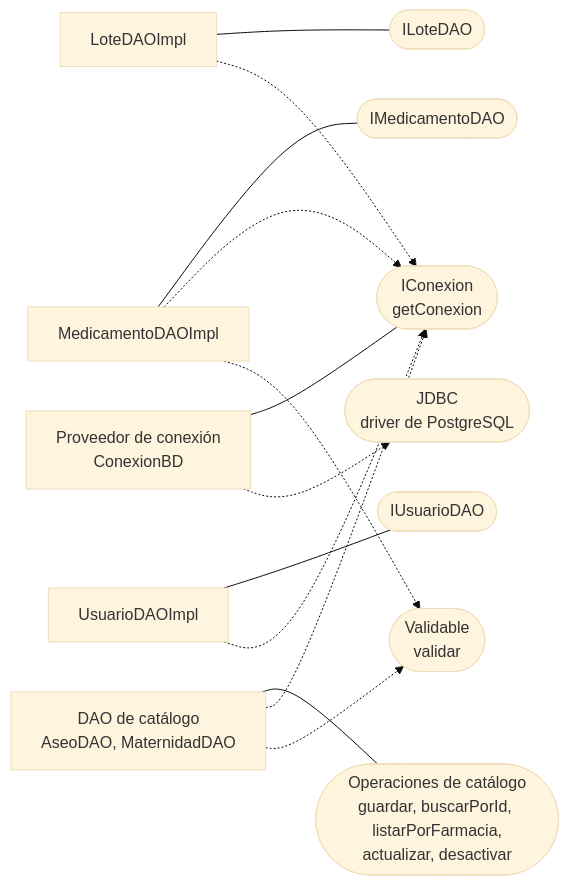
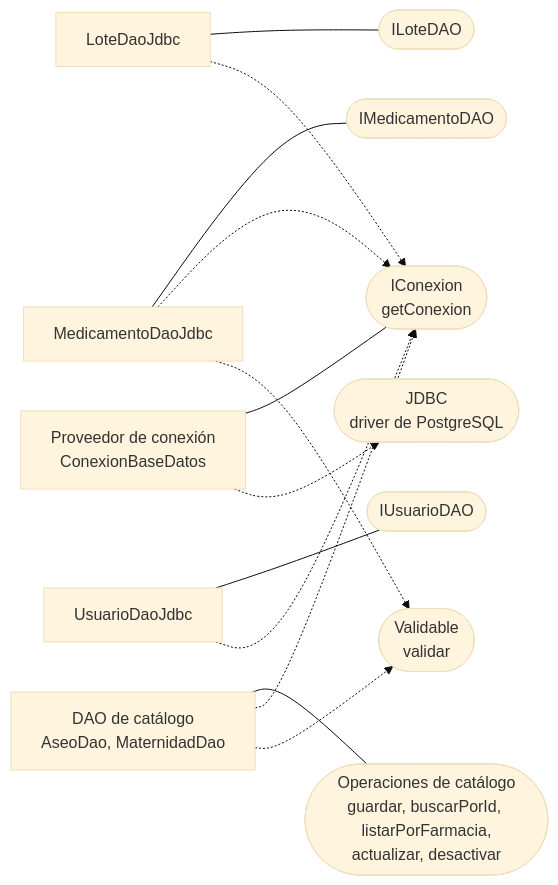
Before and after one commit to puj-course/FIS_2630_1204_G1: the diagram in docs/diagramas/COMPONENTE_ACCESO_DATOS.md, drawn with Mermaid (base theme). The commit also changed other lines of this file and 121 other files, not shown here.

````diff
--- a/docs/diagramas/COMPONENTE_ACCESO_DATOS.md
+++ b/docs/diagramas/COMPONENTE_ACCESO_DATOS.md
@@ -7,29 +7,29 @@
 ```mermaid
 flowchart LR
-    DLOTE["LoteDAOImpl"]
-    DMED["MedicamentoDAOImpl"]
-    DUSU["UsuarioDAOImpl"]
-    DCAT["DAO de catálogo<br/>AseoDAO, MaternidadDAO"]
-    CON["Proveedor de conexión<br/>ConexionBD"]
+    DLOTE["LoteDaoJdbc"]
+    DMED["MedicamentoDaoJdbc"]
+    DUSU["UsuarioDaoJdbc"]
+    DCAT["DAO de catálogo<br/>AseoDao, MaternidadDao"]
+    CON["Proveedor de conexión<br/>ConexionBaseDatos"]
 
     ILOTE(["ILoteDAO"])
     IMED(["IMedicamentoDAO"])
     IUSU(["IUsuarioDAO"])
     ICATO(["Operaciones de catálogo<br/>guardar, buscarPorId, listarPorFarmacia,<br/>actualizar, desactivar"])
     ICON(["IConexion<br/>getConexion"])
     IVAL(["Validable<br/>validar"])
     IJDBC(["JDBC<br/>driver de PostgreSQL"])
 
     DLOTE --- ILOTE
     DMED --- IMED
     DUSU --- IUSU
     DCAT --- ICATO
     CON --- ICON
     DLOTE -.-> ICON
     DMED -.-> ICON
     DUSU -.-> ICON
     DCAT -.-> ICON
     DMED -.-> IVAL
     DCAT -.-> IVAL
     CON -.-> IJDBC
 ```
````
